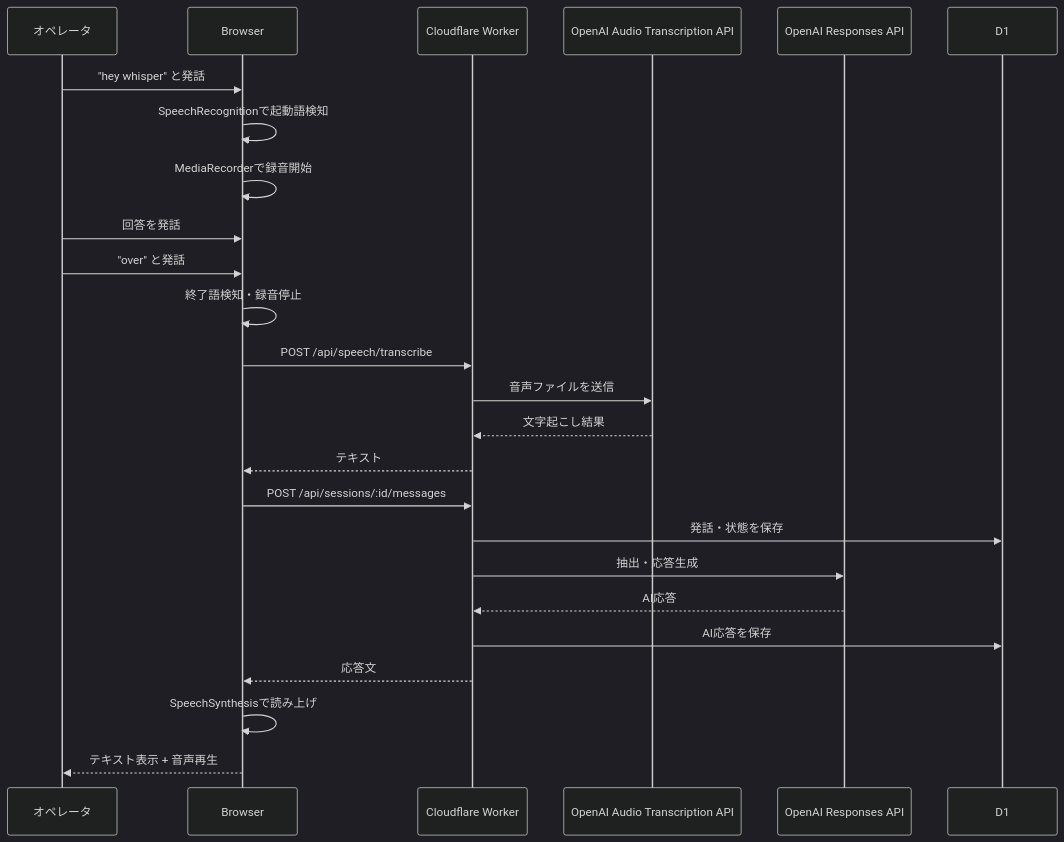
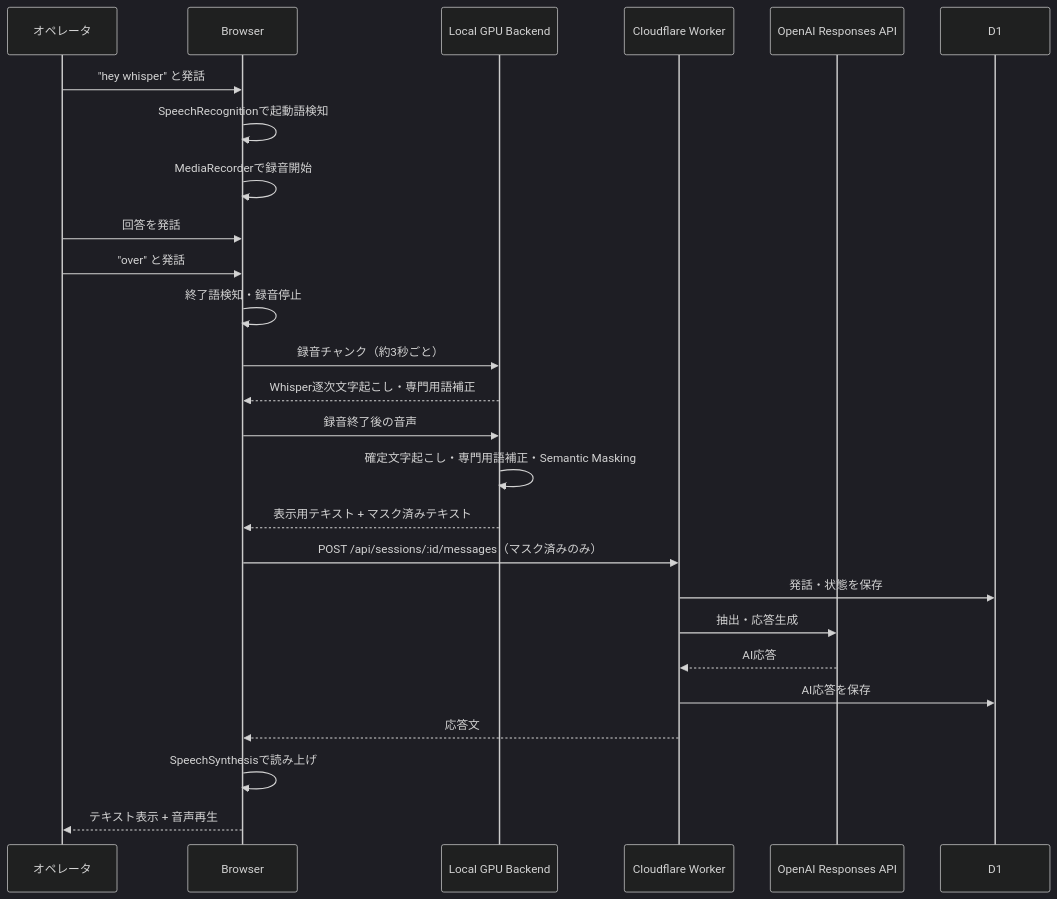
Before and after one commit to Aquamana06/AudioInterview: the third of 5 diagrams in audiointerview/architecture.md, drawn with Mermaid (dark theme). The commit also changed other lines of this file and 31 other files, not shown here.

````diff
--- a/audiointerview/architecture.md
+++ b/audiointerview/architecture.md
@@ -43,28 +44,29 @@
 ```mermaid
 sequenceDiagram
   participant U as オペレータ
   participant B as Browser
+  participant L as Local GPU Backend
   participant W as Cloudflare Worker
-  participant A as OpenAI Audio Transcription API
   participant O as OpenAI Responses API
   participant D as D1
 
   U->>B: "hey whisper" と発話
   B->>B: SpeechRecognitionで起動語検知
   B->>B: MediaRecorderで録音開始
   U->>B: 回答を発話
   U->>B: "over" と発話
   B->>B: 終了語検知・録音停止
-  B->>W: POST /api/speech/transcribe
-  W->>A: 音声ファイルを送信
-  A-->>W: 文字起こし結果
-  W-->>B: テキスト
-  B->>W: POST /api/sessions/:id/messages
+  B->>L: 録音チャンク（約3秒ごと）
+  L-->>B: Whisper逐次文字起こし・専門用語補正
+  B->>L: 録音終了後の音声
+  L->>L: 確定文字起こし・専門用語補正・Semantic Masking
+  L-->>B: 表示用テキスト + マスク済みテキスト
+  B->>W: POST /api/sessions/:id/messages（マスク済みのみ）
   W->>D: 発話・状態を保存
   W->>O: 抽出・応答生成
   O-->>W: AI応答
   W->>D: AI応答を保存
   W-->>B: 応答文
   B->>B: SpeechSynthesisで読み上げ
   B-->>U: テキスト表示 + 音声再生
 ```
````
